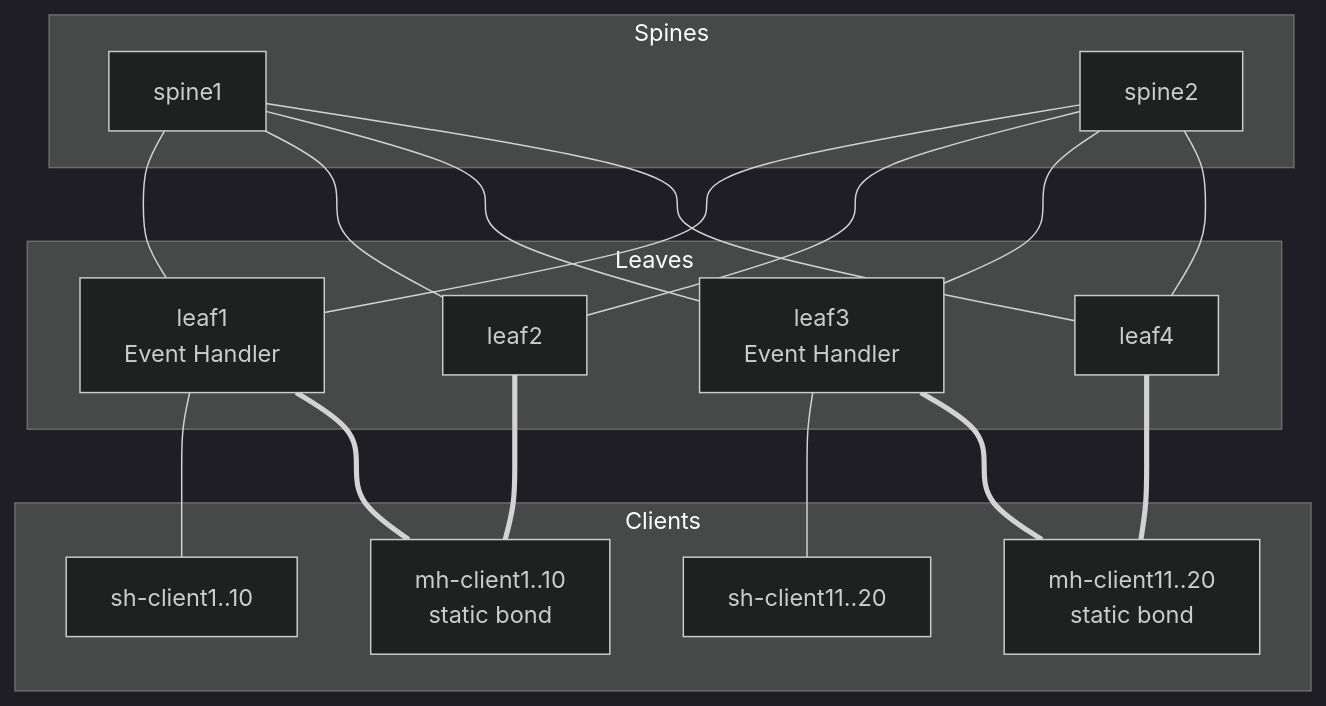
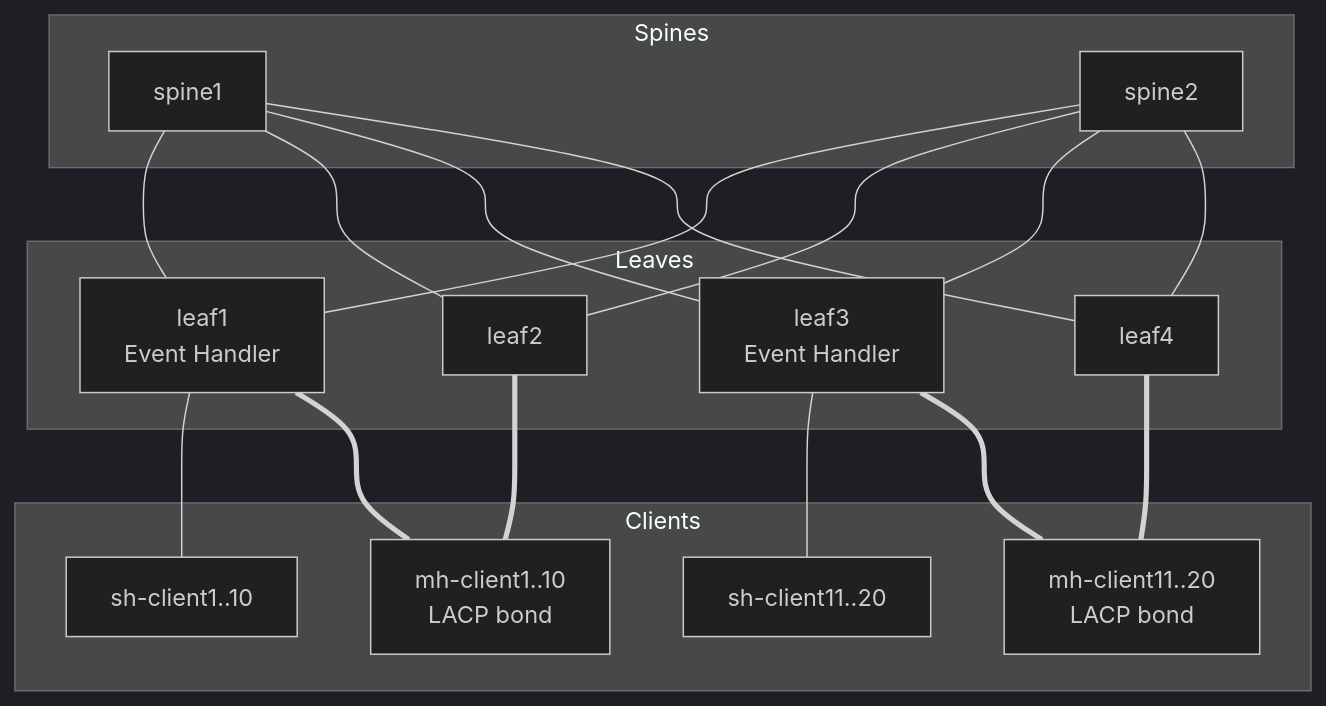
The diagram in README.md (wdesmedt/srl-dyn-vlans), drawn with Mermaid (dark theme) before and after one commit. The commit also changed other lines of this file and 6 other files, not shown here.

````diff
--- a/README.md
+++ b/README.md
@@ -13,32 +13,32 @@
 ```mermaid
 graph TD
     subgraph Spines
         spine1[spine1]
         spine2[spine2]
     end
 
     subgraph Leaves
         leaf1[leaf1 <br> Event Handler]
         leaf2[leaf2]
         leaf3[leaf3 <br> Event Handler]
         leaf4[leaf4]
     end
 
     subgraph Clients
         sh1[sh-client1..10]
         sh11[sh-client11..20]
-        mh1[mh-client1..10 <br> static bond]
-        mh11[mh-client11..20 <br> static bond]
+        mh1[mh-client1..10 <br> LACP bond]
+        mh11[mh-client11..20 <br> LACP bond]
     end
 
     %% Fabric Links
     spine1 --- leaf1 & leaf2 & leaf3 & leaf4
     spine2 --- leaf1 & leaf2 & leaf3 & leaf4
 
     %% Client Links
     leaf1 --- sh1
     leaf3 --- sh11
     
     leaf1 & leaf2 === mh1
     leaf3 & leaf4 === mh11
 ```
````
